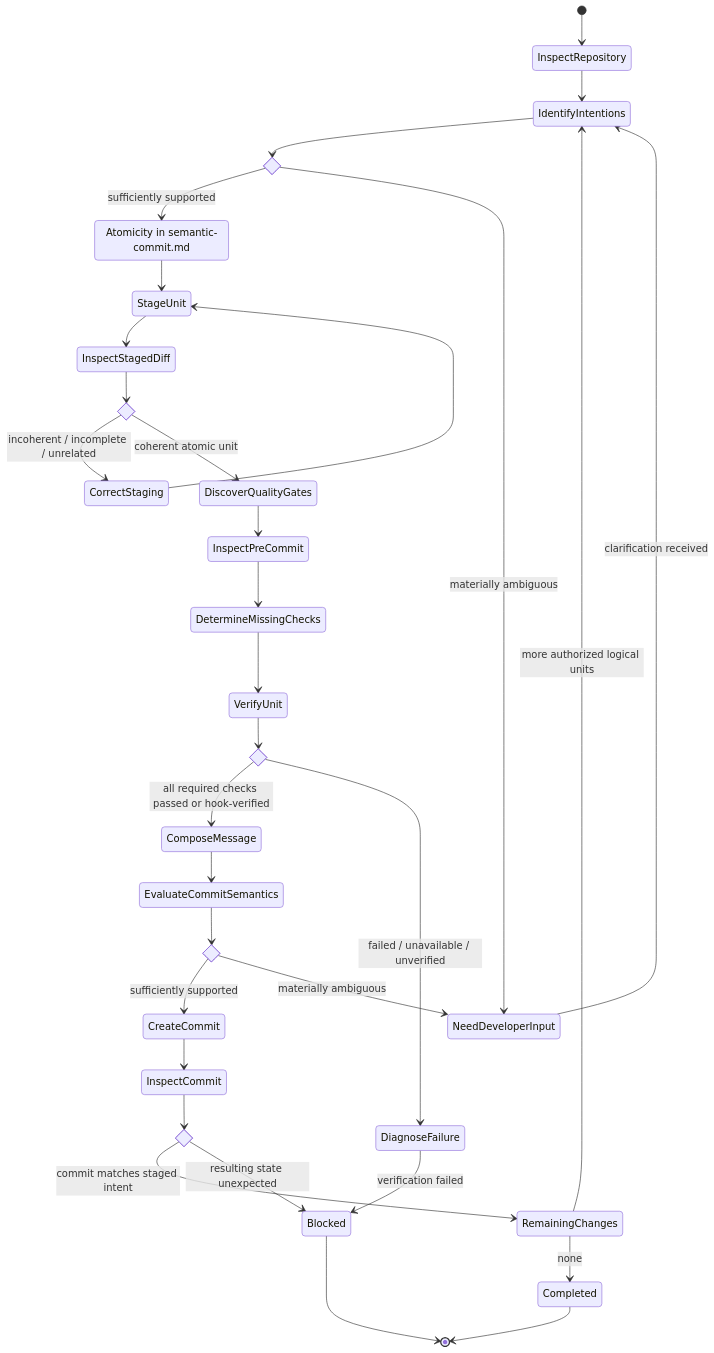
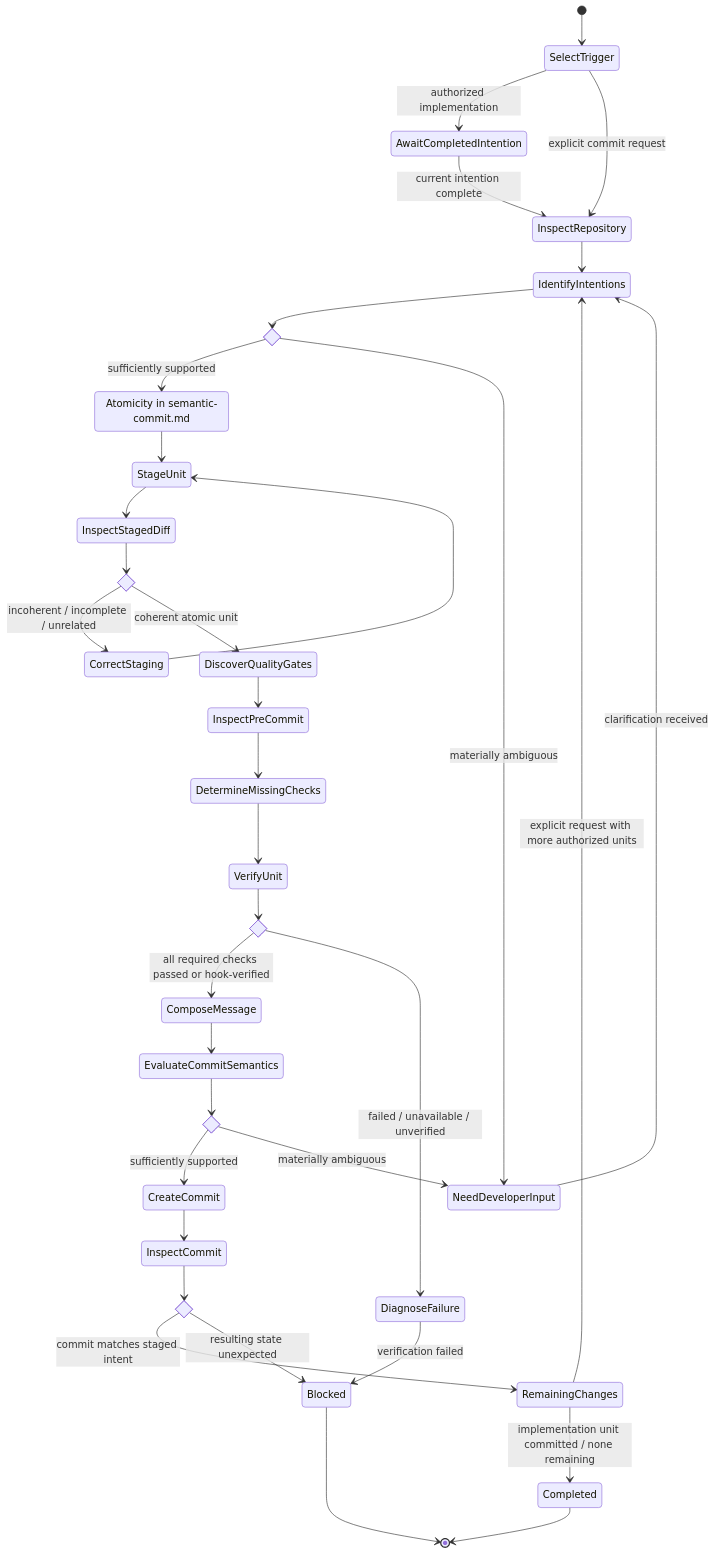
Before and after one commit to JadsonLucena/agent-toolkit: the diagram in contexts/git/skills/create-semantic-commits/SKILL.md, drawn with Mermaid. The commit also changed other lines of this file and 2 other files, not shown here.

Commit message:
fix(git): commit each completed implementation intention

````diff
--- a/contexts/git/skills/create-semantic-commits/SKILL.md
+++ b/contexts/git/skills/create-semantic-commits/SKILL.md
@@ -26,51 +26,54 @@
 ```mermaid
 stateDiagram-v2
-    [*] --> InspectRepository
+    [*] --> SelectTrigger
+    SelectTrigger --> AwaitCompletedIntention: authorized implementation
+    SelectTrigger --> InspectRepository: explicit commit request
+    AwaitCompletedIntention --> InspectRepository: current intention complete
     InspectRepository --> IdentifyIntentions
 
     state IntentEvidence <<choice>>
     IdentifyIntentions --> IntentEvidence
     state "Atomicity in semantic-commit.md" as PartitionChanges
     IntentEvidence --> PartitionChanges: sufficiently supported
     IntentEvidence --> NeedDeveloperInput: materially ambiguous
     NeedDeveloperInput --> IdentifyIntentions: clarification received
 
     PartitionChanges --> StageUnit
     StageUnit --> InspectStagedDiff
 
     state StagedUnit <<choice>>
     InspectStagedDiff --> StagedUnit
     StagedUnit --> CorrectStaging: incoherent / incomplete / unrelated
     CorrectStaging --> StageUnit
     StagedUnit --> DiscoverQualityGates: coherent atomic unit
     DiscoverQualityGates --> InspectPreCommit
     InspectPreCommit --> DetermineMissingChecks
     DetermineMissingChecks --> VerifyUnit
 
     state Verification <<choice>>
     VerifyUnit --> Verification
     Verification --> ComposeMessage: all required checks passed or hook-verified
     Verification --> DiagnoseFailure: failed / unavailable / unverified
 
     DiagnoseFailure --> Blocked: verification failed
     ComposeMessage --> EvaluateCommitSemantics
 
     state CommitSemantics <<choice>>
     EvaluateCommitSemantics --> CommitSemantics
     CommitSemantics --> CreateCommit: sufficiently supported
     CommitSemantics --> NeedDeveloperInput: materially ambiguous
 
     CreateCommit --> InspectCommit
 
     state CommitValid <<choice>>
     InspectCommit --> CommitValid
     CommitValid --> RemainingChanges: commit matches staged intent
     CommitValid --> Blocked: resulting state unexpected
 
     state RemainingChanges <<choice>>
-    RemainingChanges --> IdentifyIntentions: more authorized logical units
-    RemainingChanges --> Completed: none
+    RemainingChanges --> IdentifyIntentions: explicit request with more authorized units
+    RemainingChanges --> Completed: implementation unit committed / none remaining
 
     Completed --> [*]
     Blocked --> [*]
 ```
````
